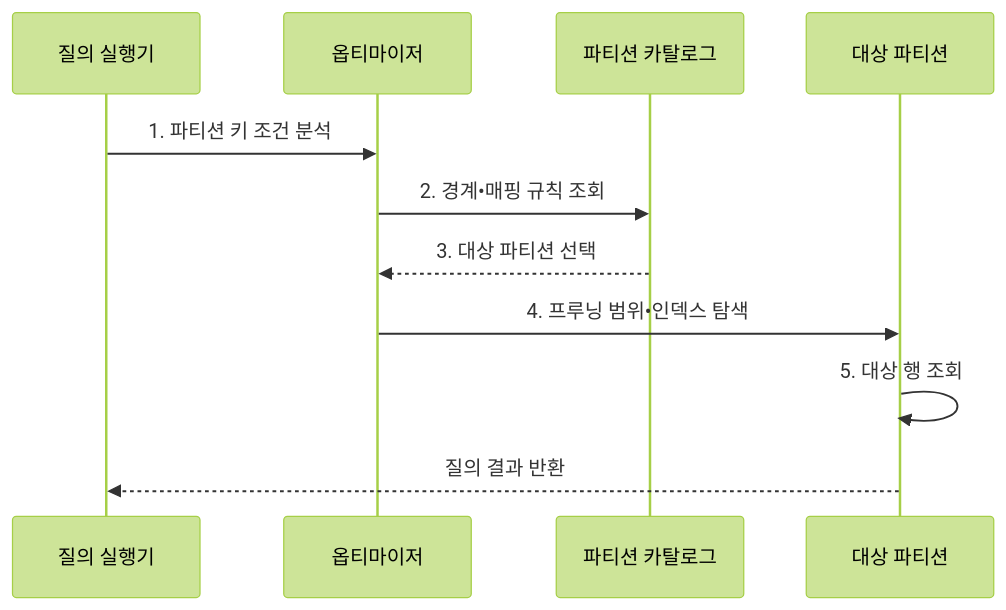
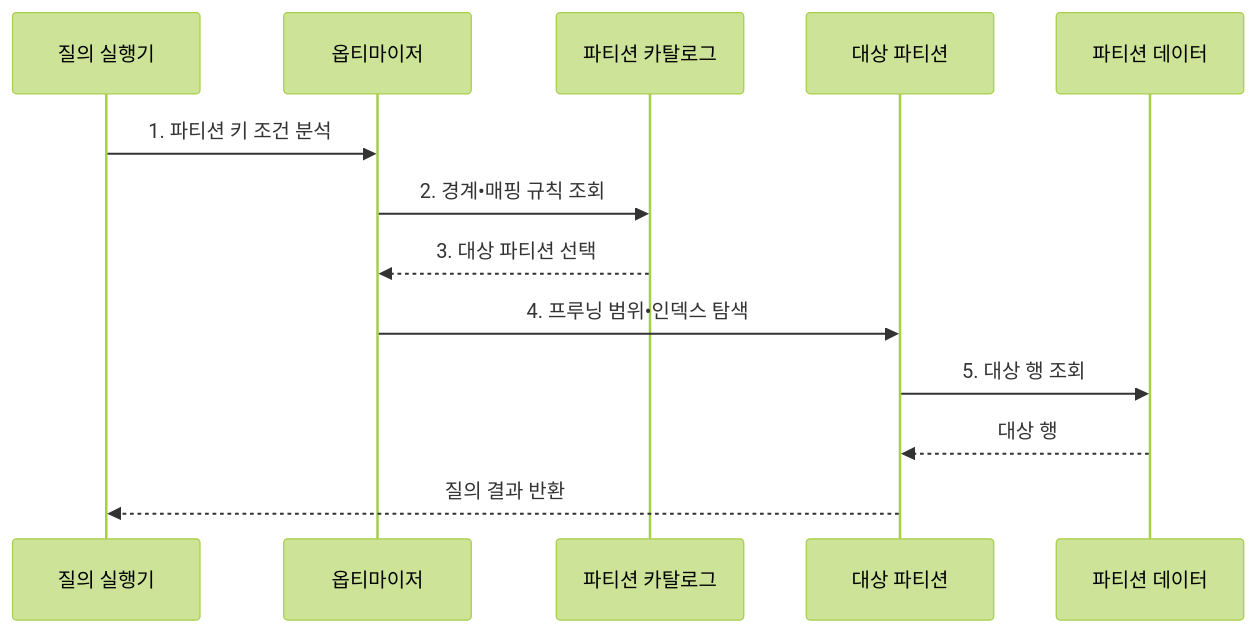
Before and after one commit to agnusdei1207/knowledge-base: the second of 2 diagrams in src/content/docs/notes/03-software/098_partitioning.md, drawn with Mermaid (forest theme). The commit also changed other lines of this file and 15 other files, not shown here.

````diff
--- a/src/content/docs/notes/03-software/098_partitioning.md
+++ b/src/content/docs/notes/03-software/098_partitioning.md
@@ -109,13 +109,15 @@
 ```mermaid
 sequenceDiagram
     participant Q as 질의 실행기
     participant O as 옵티마이저
     participant C as 파티션 카탈로그
     participant P as 대상 파티션
+    participant D as 파티션 데이터
     Q->>O: 1. 파티션 키 조건 분석
     O->>C: 2. 경계•매핑 규칙 조회
     C-->>O: 3. 대상 파티션 선택
     O->>P: 4. 프루닝 범위•인덱스 탐색
-    P->>P: 5. 대상 행 조회
+    P->>D: 5. 대상 행 조회
+    D-->>P: 대상 행
     P-->>Q: 질의 결과 반환
 ```
````
